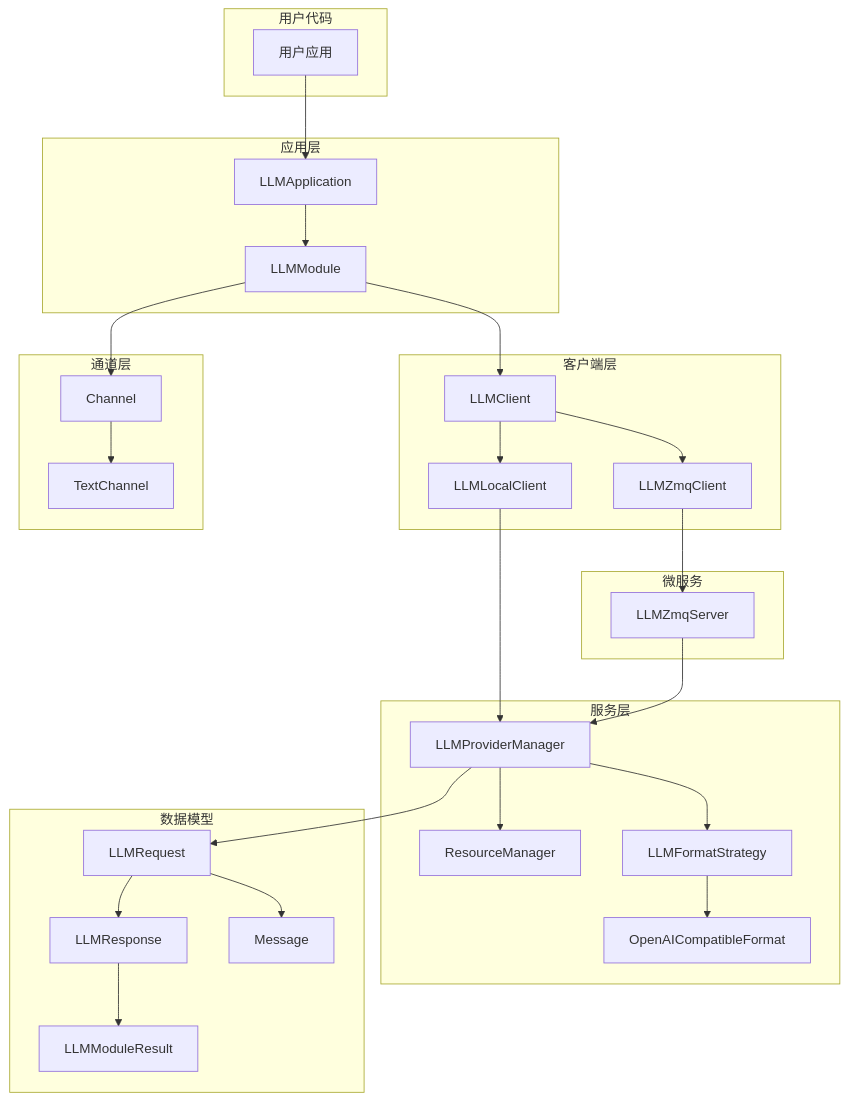
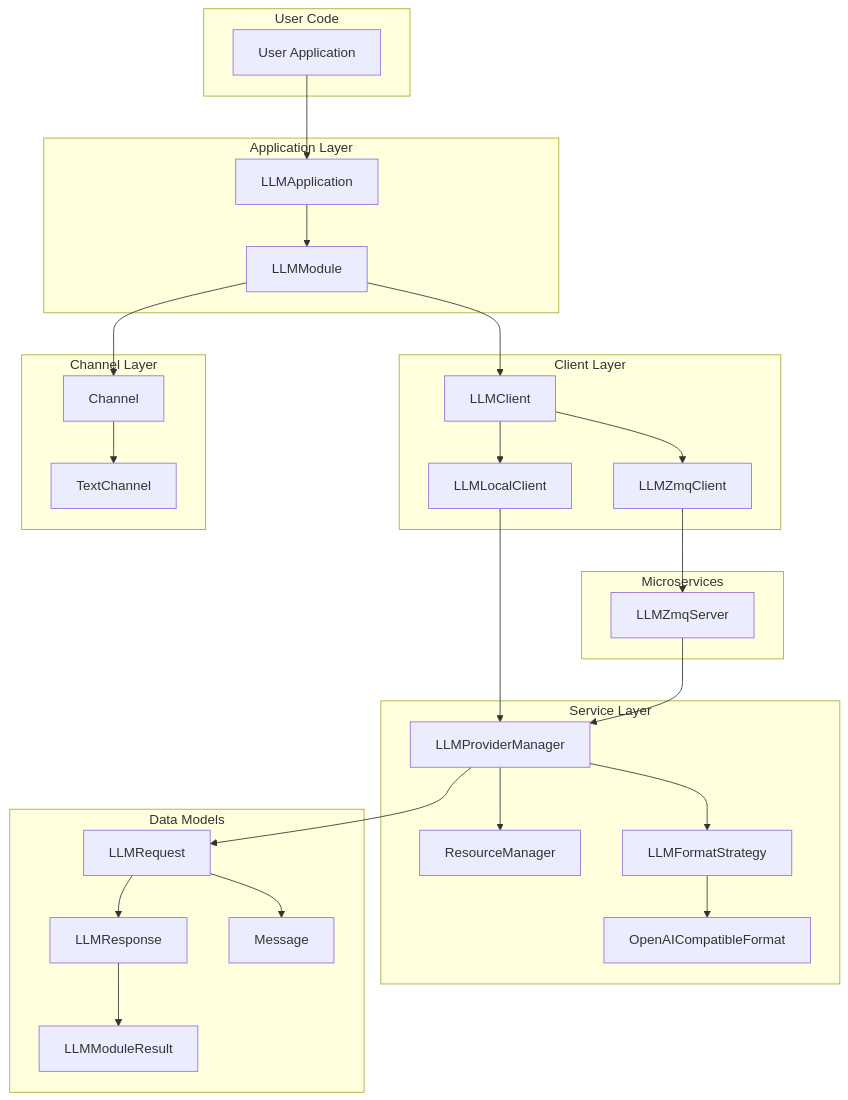
The first of 3 diagrams in README.md (gumblex/aitoolman), drawn with Mermaid before and after one commit. The commit also changed other lines of this file and 11 other files, not shown here.

````diff
--- a/README.md
+++ b/README.md
@@ -30,62 +30,62 @@
 ```mermaid
 graph TB
-    subgraph "用户代码"
-        User[用户应用]
+    subgraph "User Code"
+        User[User Application]
     end
     
-    subgraph "应用层"
+    subgraph "Application Layer"
         App[LLMApplication]
         Module[LLMModule]
     end
     
-    subgraph "客户端层"
+    subgraph "Client Layer"
         Client[LLMClient]
         LocalClient[LLMLocalClient]
         ZmqClient[LLMZmqClient]
     end
     
-    subgraph "微服务"
+    subgraph "Microservices"
         ZmqServer[LLMZmqServer]
     end
     
-    subgraph "服务层"
+    subgraph "Service Layer"
         ProviderManager[LLMProviderManager]
         ResourceMgr[ResourceManager]
         FormatStrategy[LLMFormatStrategy]
         OpenAIFormat[OpenAICompatibleFormat]
     end
     
-    subgraph "通道层"
+    subgraph "Channel Layer"
         Channel[Channel]
         TextChannel[TextChannel]
     end
     
-    subgraph "数据模型"
+    subgraph "Data Models"
         Request[LLMRequest]
         Response[LLMResponse]
         Message[Message]
         LLMModuleResult[LLMModuleResult]
     end
     
     User --> App
     App --> Module
     Module --> Client
     Module --> Channel
     
     Client --> LocalClient
     Client --> ZmqClient
     LocalClient --> ProviderManager
     ZmqClient --> ZmqServer
     ZmqServer --> ProviderManager
     
     ProviderManager --> ResourceMgr
     ProviderManager --> FormatStrategy
     FormatStrategy --> OpenAIFormat
     
     ProviderManager --> Request
     Request --> Response
     Request --> Message
     Response --> LLMModuleResult
     
     Channel --> TextChannel
 ```
````
